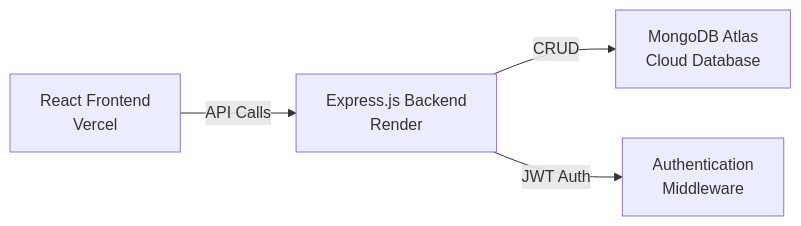
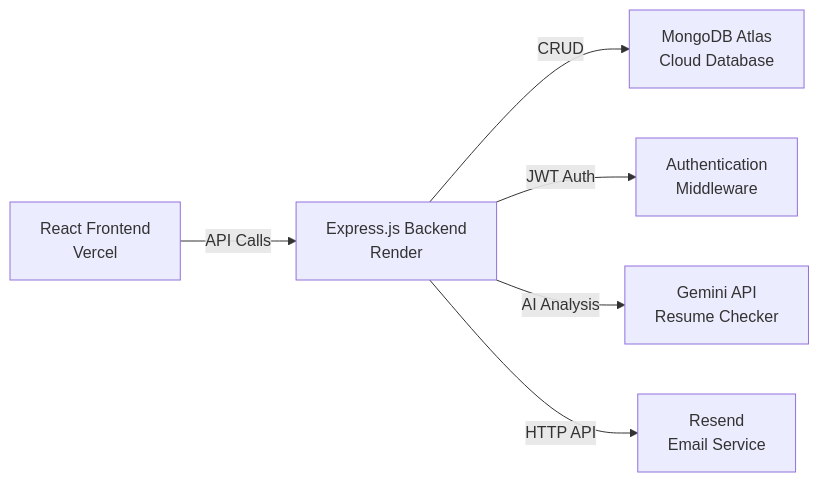
One commit to krithikananth/hireflow-ats changed the first of 4 diagrams in README.md. Above: the diagram before and after it, drawn with Mermaid. The commit also changed other lines of this file and 1 other file, not shown here.

Commit message:
docs: comprehensive README with full setup guide, API docs, architecture, and deployment instructions

````diff
--- a/README.md
+++ b/README.md
@@ -21,6 +47,8 @@
 ```mermaid
 graph LR
     A[React Frontend<br>Vercel] -->|API Calls| B[Express.js Backend<br>Render]
     B -->|CRUD| C[MongoDB Atlas<br>Cloud Database]
     B -->|JWT Auth| D[Authentication<br>Middleware]
+    B -->|AI Analysis| E[Gemini API<br>Resume Checker]
+    B -->|HTTP API| F[Resend<br>Email Service]
 ```
````
